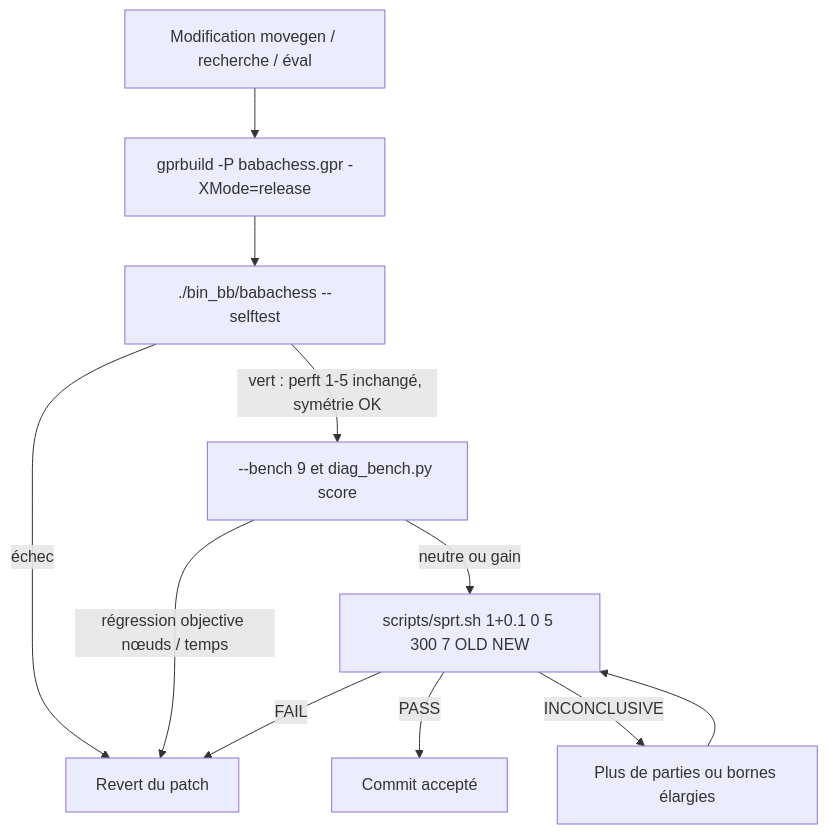
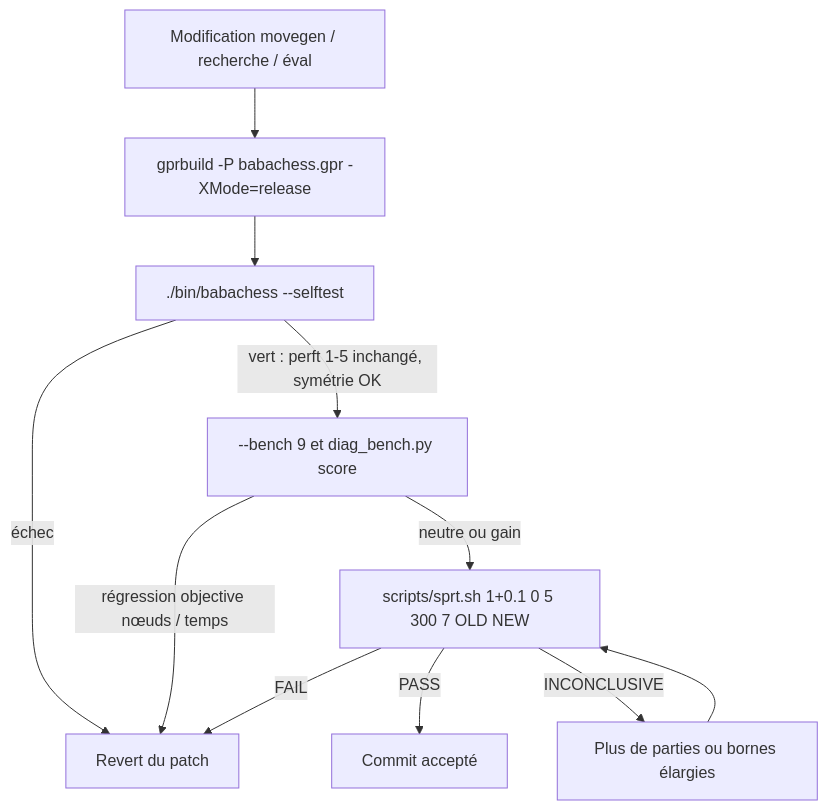
Before and after one commit to claurence57/BabaChess: the first of 3 diagrams in src/doc/outils-et-tests.md, drawn with Mermaid. The commit also changed other lines of this file and 20 other files, not shown here.

First line of the commit message:
Build: rename obj_bb/bin_bb to obj/bin and C symbols bb_* to baba_*

````diff
--- a/src/doc/outils-et-tests.md
+++ b/src/doc/outils-et-tests.md
@@ -21,12 +21,12 @@
 ```mermaid
 flowchart TD
     Change["Modification movegen / recherche / éval"] --> Build["gprbuild -P babachess.gpr -XMode=release"]
-    Build --> Self["./bin_bb/babachess --selftest"]
+    Build --> Self["./bin/babachess --selftest"]
     Self -->|échec| Revert["Revert du patch"]
     Self -->|"vert : perft 1-5 inchangé, symétrie OK"| Bench["--bench 9 et diag_bench.py score"]
     Bench -->|régression objective nœuds / temps| Revert
     Bench -->|"neutre ou gain"| SPRT["scripts/sprt.sh 1+0.1 0 5 300 7 OLD NEW"]
     SPRT -->|PASS| Commit["Commit accepté"]
     SPRT -->|FAIL| Revert
     SPRT -->|INCONCLUSIVE| More["Plus de parties ou bornes élargies"] --> SPRT
 ```
````
